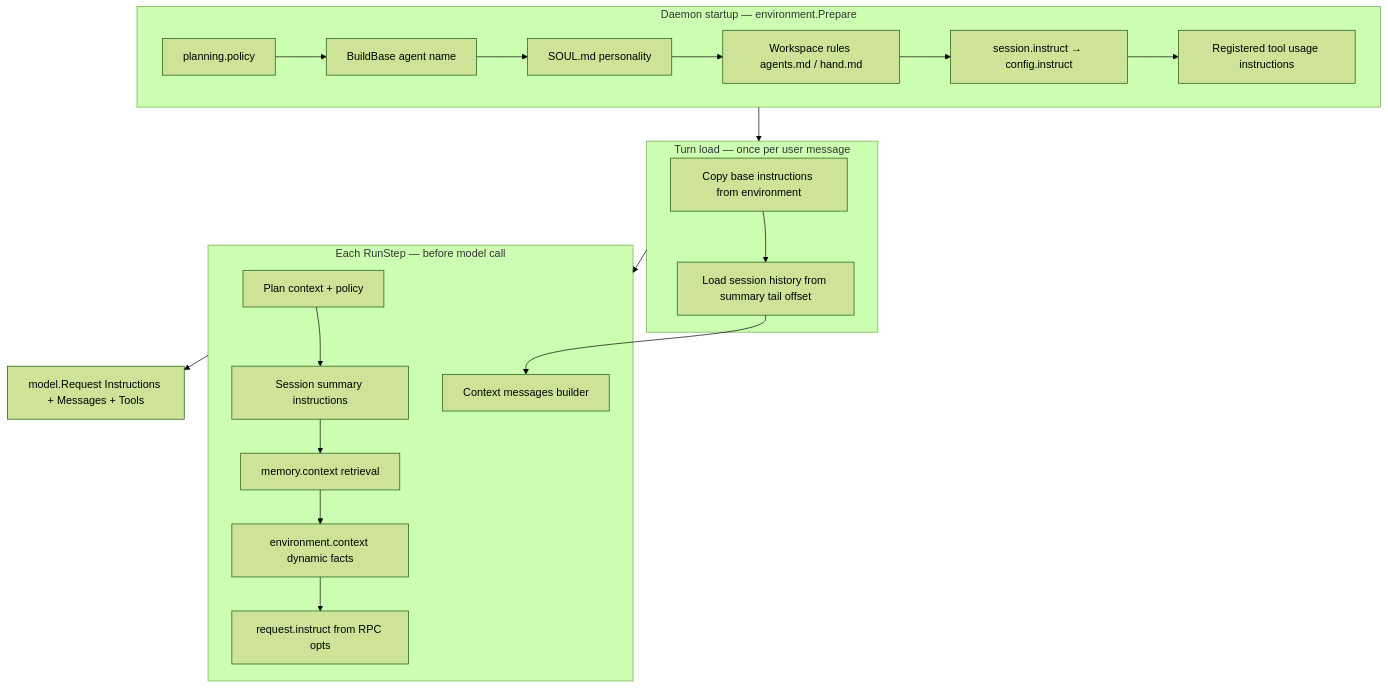
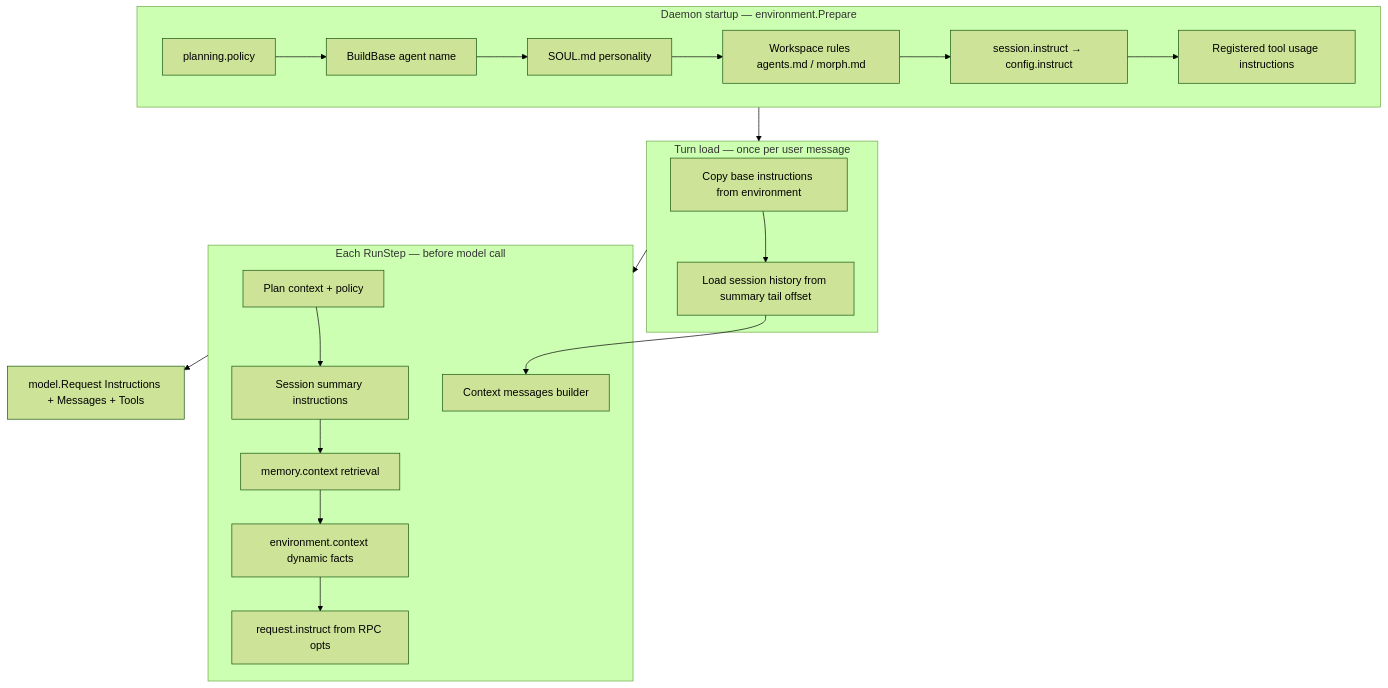
Before and after one commit to ncodes/hand: the diagram in website/docs/docs/development/prompt-assembly.md, drawn with Mermaid (forest theme). The commit also changed other lines of this file and 59 other files, not shown here.

First line of the commit message:
docs(website)!: rebrand Hand site assets and docs to Morph

````diff
--- a/website/docs/docs/development/prompt-assembly.md
+++ b/website/docs/docs/development/prompt-assembly.md
@@ -28,32 +28,32 @@
 ```mermaid
 flowchart TB
   subgraph prepare [Daemon startup — environment.Prepare]
     PlanPol[planning.policy]
     Base[BuildBase agent name]
     Soul[SOUL.md personality]
-    Rules[Workspace rules agents.md / hand.md]
+    Rules[Workspace rules agents.md / morph.md]
     SessInst[session.instruct → config.instruct]
     ToolGuide[Registered tool usage instructions]
     PlanPol --> Base --> Soul --> Rules --> SessInst --> ToolGuide
   end
 
   subgraph turnLoad [Turn load — once per user message]
     BaseCopy[Copy base instructions from environment]
     Hist[Load session history from summary tail offset]
     BaseCopy --> Hist
   end
 
   subgraph perStep [Each RunStep — before model call]
     PlanCtx[Plan context + policy]
     SumInst[Session summary instructions]
     Mem[memory.context retrieval]
     EnvCtx[environment.context dynamic facts]
     ReqInst[request.instruct from RPC opts]
     Msgs[Context messages builder]
     PlanCtx --> SumInst --> Mem --> EnvCtx --> ReqInst
     Hist --> Msgs
   end
 
   prepare --> turnLoad --> perStep
   perStep --> Request[model.Request Instructions + Messages + Tools]
 ```
````
